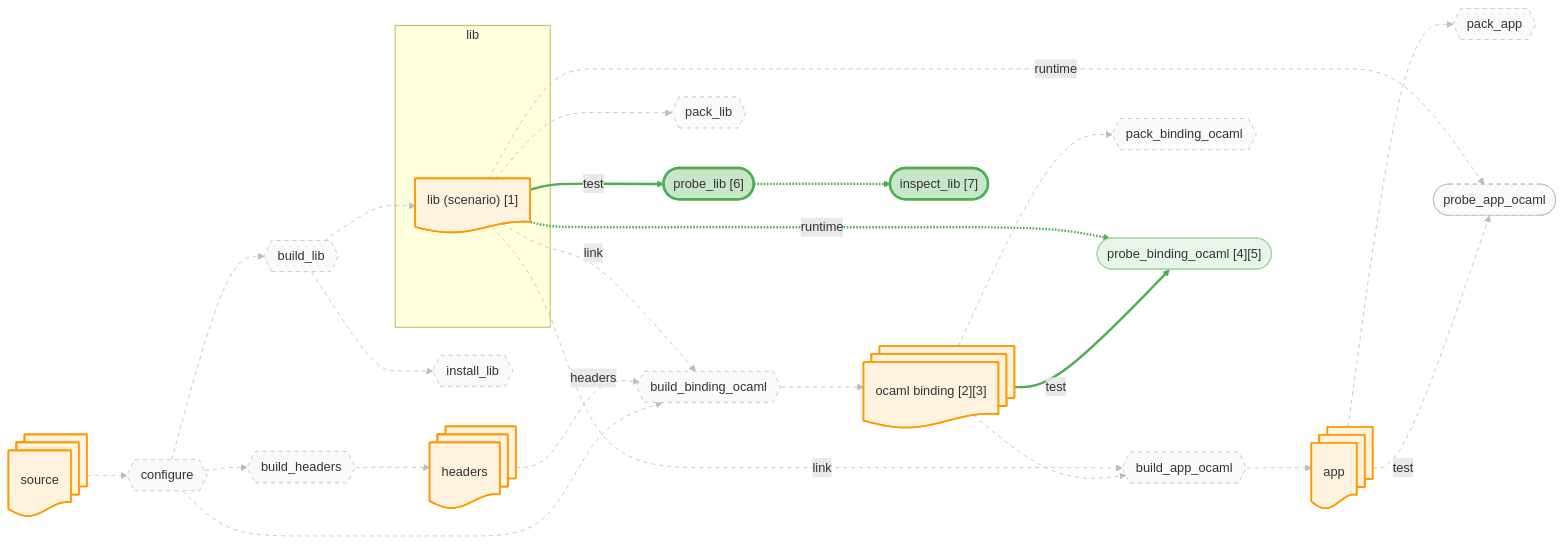
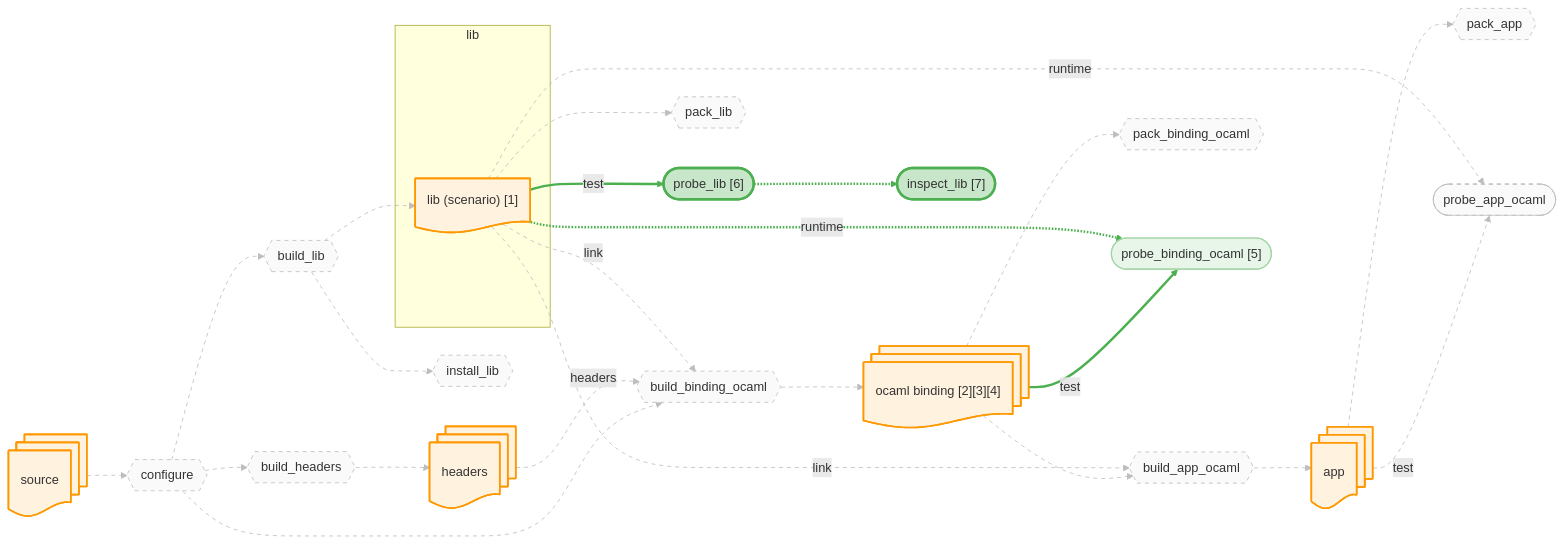
Before and after one commit to JHU-PL-Lab/tola: the diagram in docs/canary/projects/zlib/-run/diagrams/lib.mmd, drawn with Mermaid. The commit also changed 247 other files, not shown here.

```diff
--- a/docs/canary/projects/zlib/-run/diagrams/lib.mmd
+++ b/docs/canary/projects/zlib/-run/diagrams/lib.mmd
@@ -1,91 +1,91 @@
 %% view: lib
 graph LR
     source_node@{ shape: docs, label: "source" }
     headers_node@{ shape: docs, label: "headers" }
     subgraph lib_sg ["lib"]
       lib_fetch_node@{ shape: doc, label: "lib (scenario) [1]" }
     end
     app_node@{ shape: docs, label: "app" }
-    ocaml_binding_node@{ shape: docs, label: "ocaml binding [2][3]" }
+    ocaml_binding_node@{ shape: docs, label: "ocaml binding [2][3][4]" }
 
     A_configure{{"configure"}}
     A_build_headers{{"build_headers"}}
     A_build_lib{{"build_lib"}}
     A_build_binding_ocaml{{"build_binding_ocaml"}}
     A_build_app_ocaml{{"build_app_ocaml"}}
     A_install_lib{{"install_lib"}}
     A_pack_binding_ocaml{{"pack_binding_ocaml"}}
     A_pack_lib{{"pack_lib"}}
     A_pack_app{{"pack_app"}}
-    A_probe_binding_ocaml(["probe_binding_ocaml [4][5]"])
+    A_probe_binding_ocaml(["probe_binding_ocaml [5]"])
     A_probe_app_ocaml(["probe_app_ocaml"])
     A_probe_lib(["probe_lib [6]"])
     A_probe_lib_inspect(["inspect_lib [7]"])
 
     source_node --> A_configure
     A_configure --> A_build_headers
     A_build_headers --> headers_node
     A_configure --> A_build_lib
     A_build_lib --> lib_fetch_node
     A_configure --> A_build_binding_ocaml
     headers_node -.->|headers| A_build_binding_ocaml
     lib_fetch_node -.->|link| A_build_binding_ocaml
     A_build_binding_ocaml --> ocaml_binding_node
     ocaml_binding_node --> A_build_app_ocaml
     lib_fetch_node -.->|link| A_build_app_ocaml
     A_build_app_ocaml --> app_node
     A_build_lib --> A_install_lib
     ocaml_binding_node --> A_pack_binding_ocaml
     lib_fetch_node --> A_pack_lib
     app_node --> A_pack_app
     ocaml_binding_node -->|test| A_probe_binding_ocaml
     lib_fetch_node -.->|runtime| A_probe_binding_ocaml
     app_node -->|test| A_probe_app_ocaml
     lib_fetch_node -.->|runtime| A_probe_app_ocaml
     lib_fetch_node -->|test| A_probe_lib
     A_probe_lib -.-> A_probe_lib_inspect
 
     classDef artifact fill:#fff3e0,stroke:#ff9800,stroke-width:2px
     classDef action fill:#f3e5f5,stroke:#9c27b0,stroke-width:2px
     classDef st_done fill:#c8e6c9,stroke:#4caf50,stroke-width:3px
     classDef st_done_ctx fill:#e8f5e9,stroke:#a5d6a7,stroke-width:1.5px
     classDef st_expected_fail fill:#fff9c4,stroke:#f9a825,stroke-width:2px
     classDef st_failed fill:#ffcdd2,stroke:#c62828,stroke-width:2px
     classDef st_skipped fill:#f5f5f5,stroke:#9e9e9e,stroke-dasharray:5
     classDef st_nospec fill:#fafafa,stroke:#bdbdbd,stroke-dasharray:5
     class source_node,headers_node,lib_fetch_node,app_node,ocaml_binding_node artifact
     class A_configure st_nospec
     class A_build_headers st_nospec
     class A_build_lib st_nospec
     class A_build_binding_ocaml st_nospec
     class A_build_app_ocaml st_nospec
     class A_install_lib st_nospec
     class A_pack_binding_ocaml st_nospec
     class A_pack_lib st_nospec
     class A_pack_app st_nospec
     class A_probe_binding_ocaml st_done_ctx
     class A_probe_app_ocaml st_nospec
     class A_probe_lib st_done
     class A_probe_lib_inspect st_done
     linkStyle 0 stroke:#bdbdbd,stroke-width:1px,stroke-dasharray:5
     linkStyle 1 stroke:#bdbdbd,stroke-width:1px,stroke-dasharray:5
     linkStyle 2 stroke:#bdbdbd,stroke-width:1px,stroke-dasharray:5
     linkStyle 3 stroke:#bdbdbd,stroke-width:1px,stroke-dasharray:5
     linkStyle 4 stroke:#bdbdbd,stroke-width:1px,stroke-dasharray:5
     linkStyle 5 stroke:#bdbdbd,stroke-width:1px,stroke-dasharray:5
     linkStyle 6 stroke:#bdbdbd,stroke-width:1px,stroke-dasharray:5
     linkStyle 7 stroke:#bdbdbd,stroke-width:1px,stroke-dasharray:5
     linkStyle 8 stroke:#bdbdbd,stroke-width:1px,stroke-dasharray:5
     linkStyle 9 stroke:#bdbdbd,stroke-width:1px,stroke-dasharray:5
     linkStyle 10 stroke:#bdbdbd,stroke-width:1px,stroke-dasharray:5
     linkStyle 11 stroke:#bdbdbd,stroke-width:1px,stroke-dasharray:5
     linkStyle 12 stroke:#bdbdbd,stroke-width:1px,stroke-dasharray:5
     linkStyle 13 stroke:#bdbdbd,stroke-width:1px,stroke-dasharray:5
     linkStyle 14 stroke:#bdbdbd,stroke-width:1px,stroke-dasharray:5
     linkStyle 15 stroke:#bdbdbd,stroke-width:1px,stroke-dasharray:5
     linkStyle 16 stroke:#4caf50,stroke-width:3px
     linkStyle 17 stroke:#4caf50,stroke-width:3px
     linkStyle 18 stroke:#bdbdbd,stroke-width:1px,stroke-dasharray:5
     linkStyle 19 stroke:#bdbdbd,stroke-width:1px,stroke-dasharray:5
     linkStyle 20 stroke:#4caf50,stroke-width:3px
     linkStyle 21 stroke:#4caf50,stroke-width:3px
```
